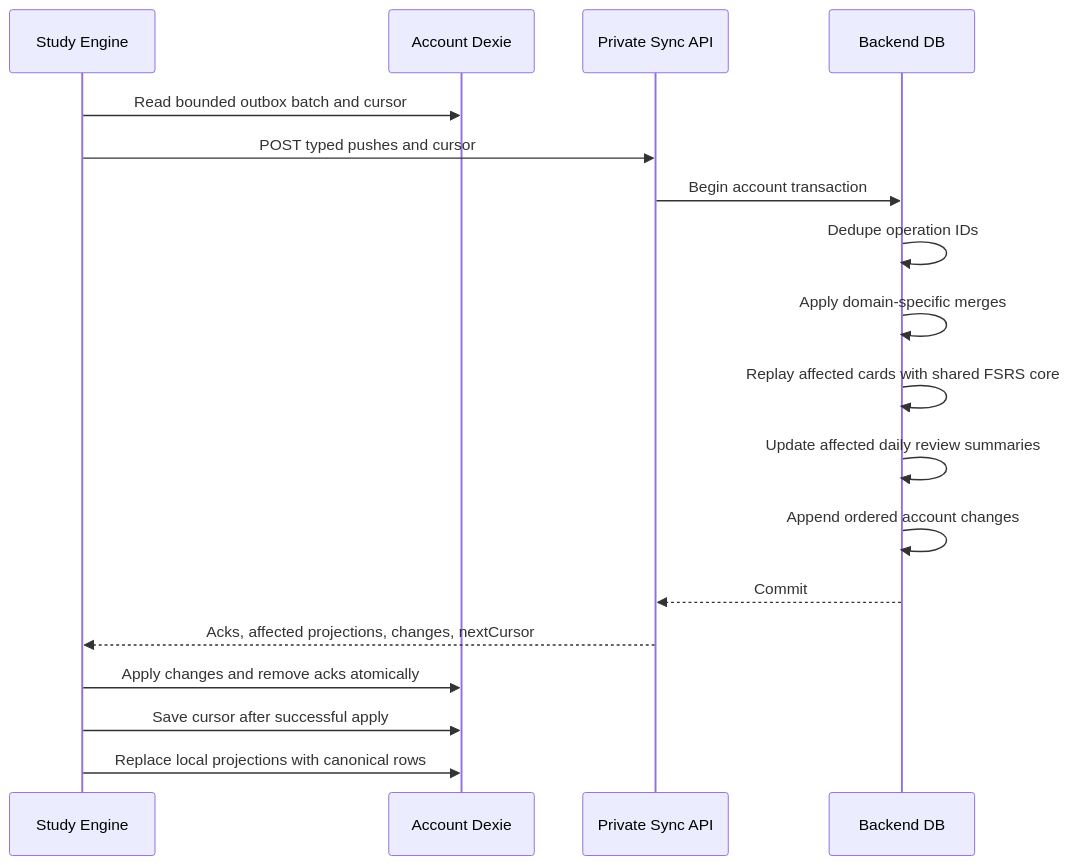
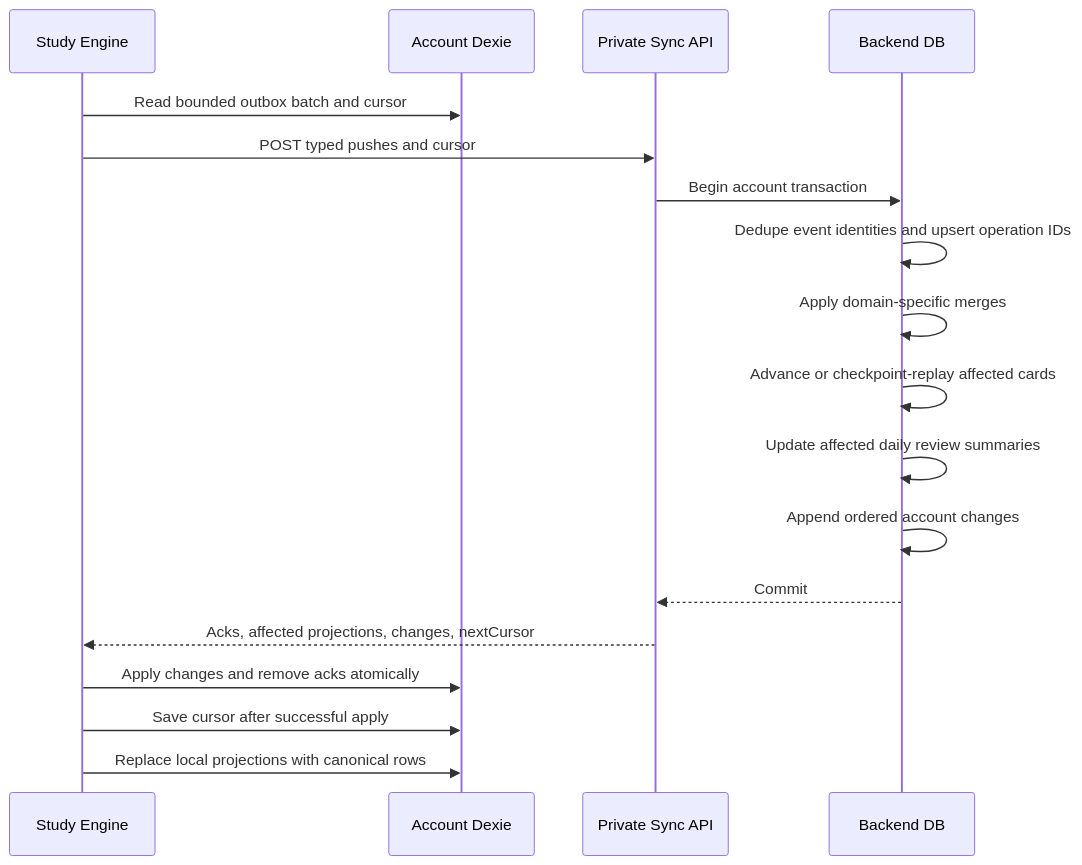
Before and after one commit to PikaPikaGems/kanji-heatmap: the eighth of 11 diagrams in docs/notes/STUDY-ENGINE-PLAN-V2.md, drawn with Mermaid. The commit also changed other lines of this file and 2 other files, not shown here.

First line of the commit message:
Adopt 90-day review-event cold archival into the study engine V2 plan.

````diff
--- a/docs/notes/STUDY-ENGINE-PLAN-V2.md
+++ b/docs/notes/STUDY-ENGINE-PLAN-V2.md
@@ -1611,21 +1774,21 @@
 ```mermaid
 sequenceDiagram
     participant App as Study Engine
     participant Dexie as Account Dexie
     participant API as Private Sync API
     participant DB as Backend DB
 
     App->>Dexie: Read bounded outbox batch and cursor
     App->>API: POST typed pushes and cursor
     API->>DB: Begin account transaction
-    DB->>DB: Dedupe operation IDs
+    DB->>DB: Dedupe event identities and upsert operation IDs
     DB->>DB: Apply domain-specific merges
-    DB->>DB: Replay affected cards with shared FSRS core
+    DB->>DB: Advance or checkpoint-replay affected cards
     DB->>DB: Update affected daily review summaries
     DB->>DB: Append ordered account changes
     DB-->>API: Commit
     API-->>App: Acks, affected projections, changes, nextCursor
     App->>Dexie: Apply changes and remove acks atomically
     App->>Dexie: Save cursor after successful apply
     App->>Dexie: Replace local projections with canonical rows
 ```
````
